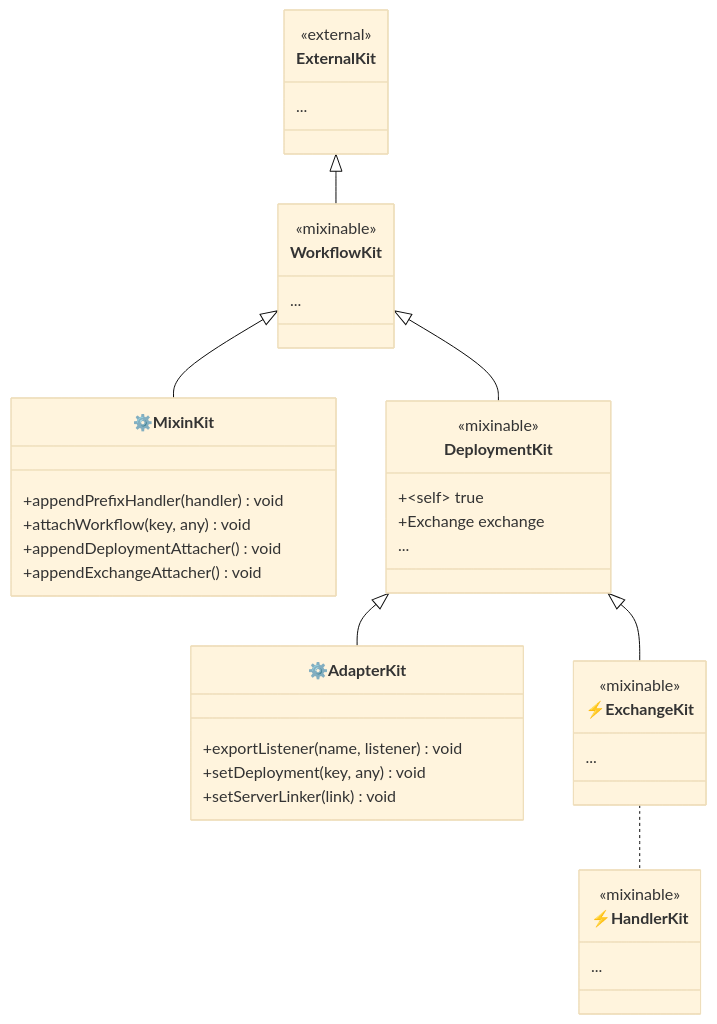
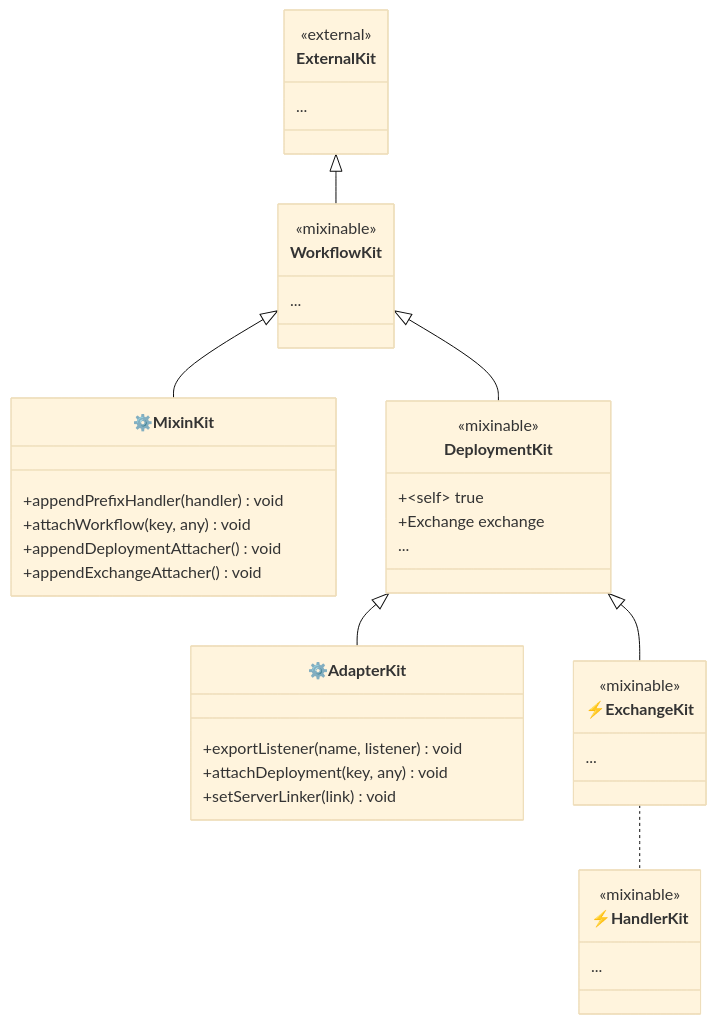
One commit to produck/kitty changed the diagram in packages/workflow/DESIGN.md. Above: the diagram before and after it, drawn with Mermaid (base theme). The commit also changed other lines of this file and 2 other files, not shown here.

Commit message:
@produck/kitty-workflow: [REFACTOR] rename setDeploymentKit to attachDeployment [ADD] attachDeployment method with key type validation [REFACTOR] convert handleExchange arrow function to named function expression

````diff
--- a/packages/workflow/DESIGN.md
+++ b/packages/workflow/DESIGN.md
@@ -227,44 +227,44 @@
 ```mermaid
 classDiagram
   class ExternalKit {
     <<external>>
     ...
   }
   class WorkflowKit {
     <<mixinable>>
     ...
   }
   class MixinKit["⚙️MixinKit"] {
     +appendPrefixHandler(handler) void
     +attachWorkflow(key, any) void
     +appendDeploymentAttacher() void
     +appendExchangeAttacher() void
   }
   class DeploymentKit {
     <<mixinable>>
     +~self~ true
     +Exchange exchange
     ...
   }
   class AdapterKit["⚙️AdapterKit"] {
     +exportListener(name, listener) void
-    +setDeployment(key, any) void
+    +attachDeployment(key, any) void
     +setServerLinker(link) void
   }
   class ExchangeKit["⚡ExchangeKit"] {
     <<mixinable>>
     ...
   }
   class HandlerKit["⚡HandlerKit"] {
     <<mixinable>>
     ...
   }
 
   ExternalKit <|-- WorkflowKit
   WorkflowKit <|-- MixinKit
   WorkflowKit <|-- DeploymentKit
   DeploymentKit <|-- ExchangeKit
   DeploymentKit <|-- AdapterKit
   ExchangeKit .. HandlerKit
 
 ```
````
